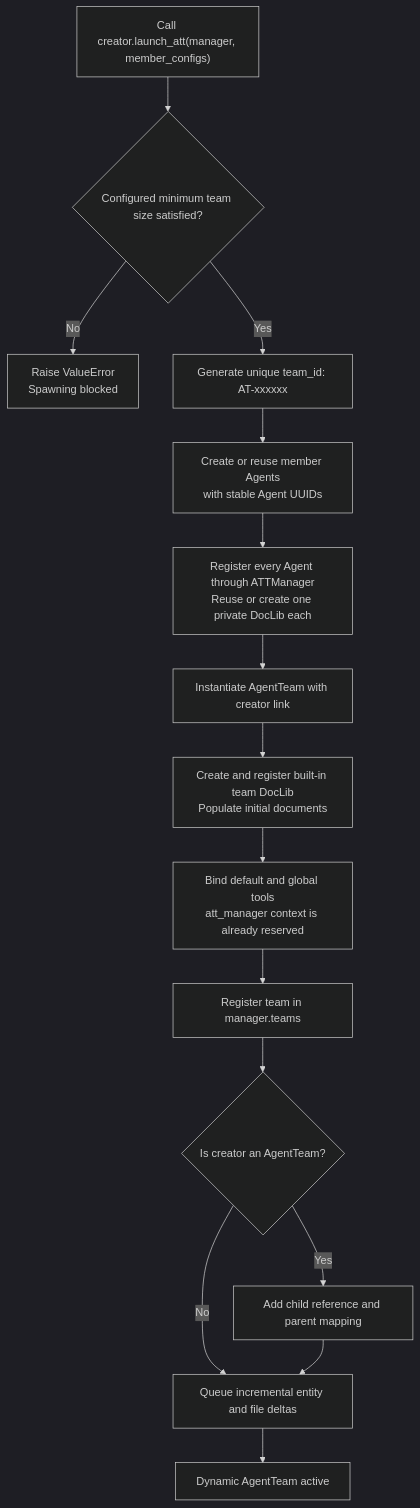
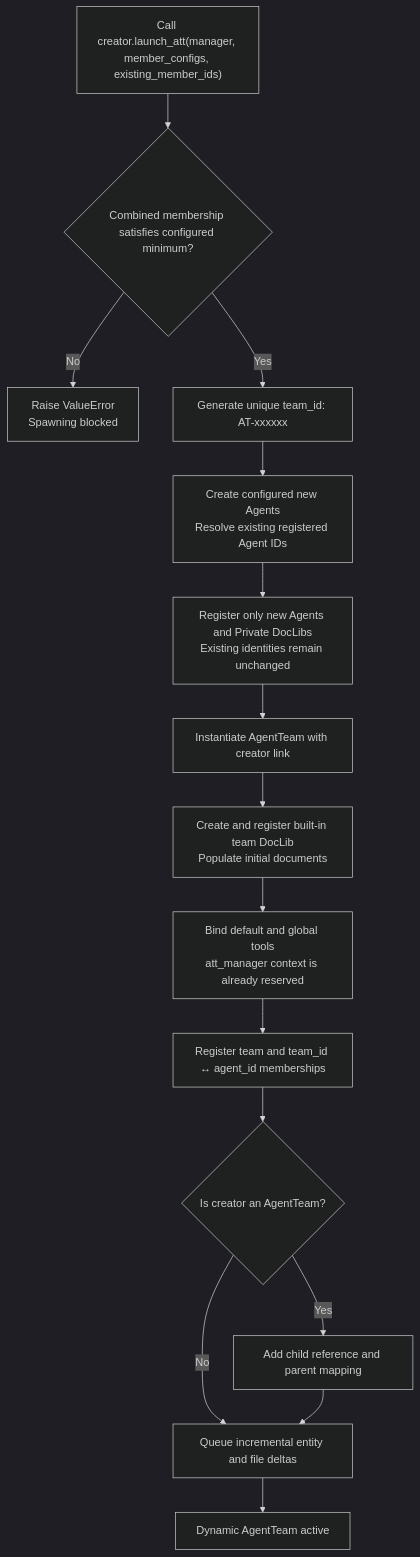
Before and after one commit to AI-Team-Team/AI-Team-Team: the first of 6 diagrams in docs/flowcharts/Lineage_Tree_Mutations.md, drawn with Mermaid (dark theme). The commit also changed 34 other files, not shown here.

First line of the commit message:
feat(teams): support role-neutral shared agent membership

````diff
--- a/docs/flowcharts/Lineage_Tree_Mutations.md
+++ b/docs/flowcharts/Lineage_Tree_Mutations.md
@@ -9,17 +9,17 @@
 ```mermaid
 flowchart TD
-    Start["Call creator.launch_att(manager, member_configs)"] --> EnforceSize{"Configured minimum team size satisfied?"}
+    Start["Call creator.launch_att(manager, member_configs, existing_member_ids)"] --> EnforceSize{"Combined membership satisfies configured minimum?"}
     EnforceSize -- "No" --> RaiseError["Raise ValueError<br/>Spawning blocked"]
     EnforceSize -- "Yes" --> GenerateID["Generate unique team_id: AT-xxxxxx"]
-    GenerateID --> SpawnMembers["Create or reuse member Agents<br/>with stable Agent UUIDs"]
-    SpawnMembers --> RegisterAgents["Register every Agent through ATTManager<br/>Reuse or create one private DocLib each"]
+    GenerateID --> SpawnMembers["Create configured new Agents<br/>Resolve existing registered Agent IDs"]
+    SpawnMembers --> RegisterAgents["Register only new Agents and Private DocLibs<br/>Existing identities remain unchanged"]
     RegisterAgents --> CreateTeam["Instantiate AgentTeam with creator link"]
     CreateTeam --> CreateDocLib["Create and register built-in team DocLib<br/>Populate initial documents"]
     CreateDocLib --> BindTools["Bind default and global tools<br/>att_manager context is already reserved"]
-    BindTools --> RegisterTeam["Register team in manager.teams"]
+    BindTools --> RegisterTeam["Register team and team_id ↔ agent_id memberships"]
     RegisterTeam --> CreatorIsTeam{"Is creator an AgentTeam?"}
     CreatorIsTeam -- "Yes" --> AddChildLink["Add child reference and parent mapping"]
     CreatorIsTeam -- "No" --> Save["Queue incremental entity and file deltas"]
     AddChildLink --> Save
     Save --> End["Dynamic AgentTeam active"]
 ```
````
